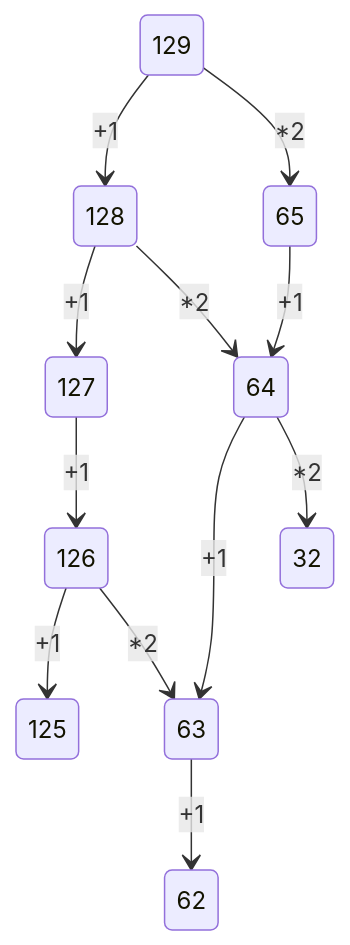
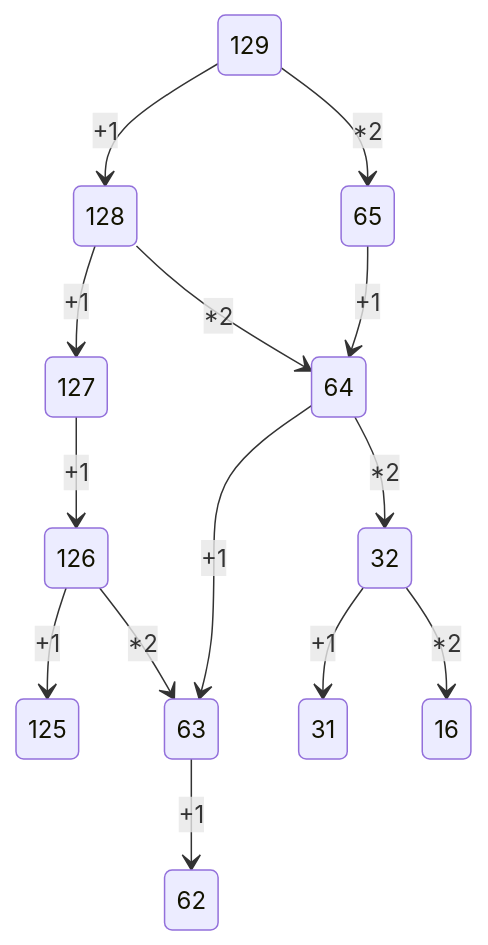
Before and after one commit to SlavaTYTA/3dec_HuxpeHa_Het: the diagram in README.md, drawn with Mermaid.

````diff
--- a/README.md
+++ b/README.md
@@ -33,14 +33,16 @@
 ```mermaid 
 stateDiagram-v2
     129 --> 128:+1
     129 --> 65: *2
     128 --> 127:+1
     128 --> 64: *2
     65 --> 64:+1
     127 --> 126:+1
     126 --> 125:+1
     126 --> 63:*2
     64 --> 63:+1
     63 --> 62:+1
     64--> 32:*2
+    32 --> 31:+1
+    32 --> 16:*2
 ```
````
